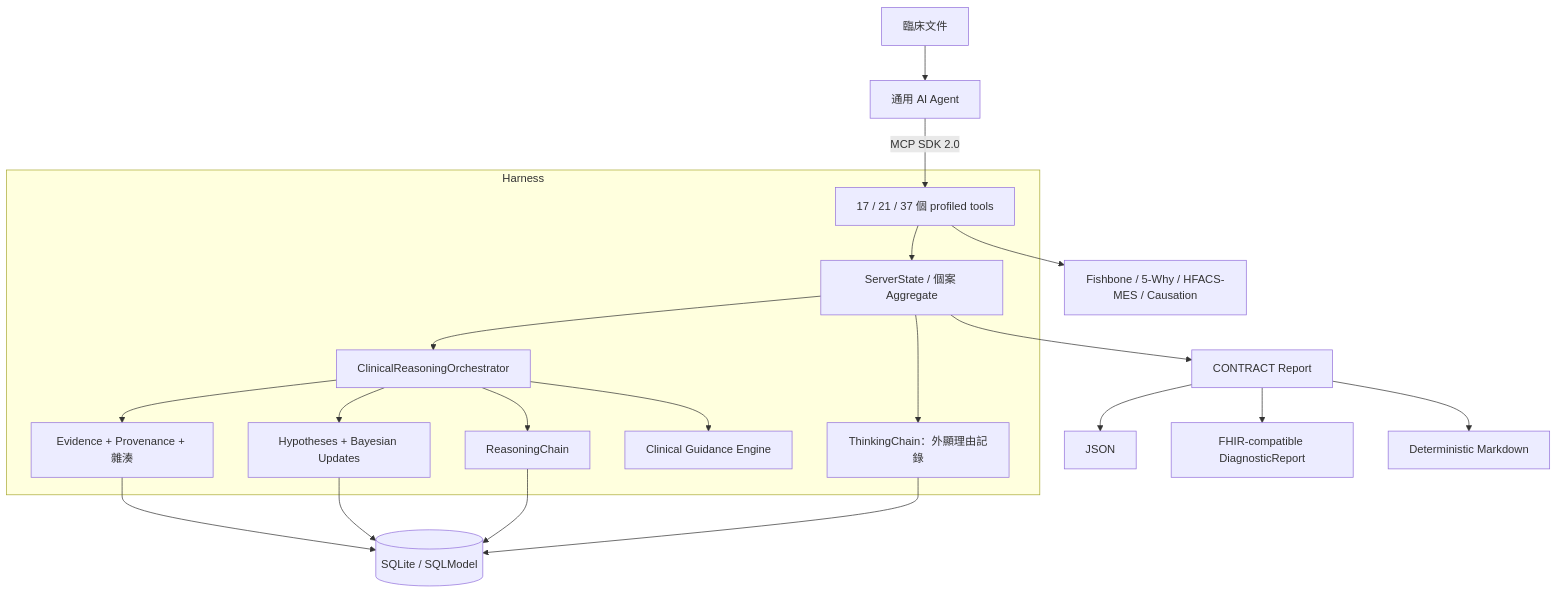
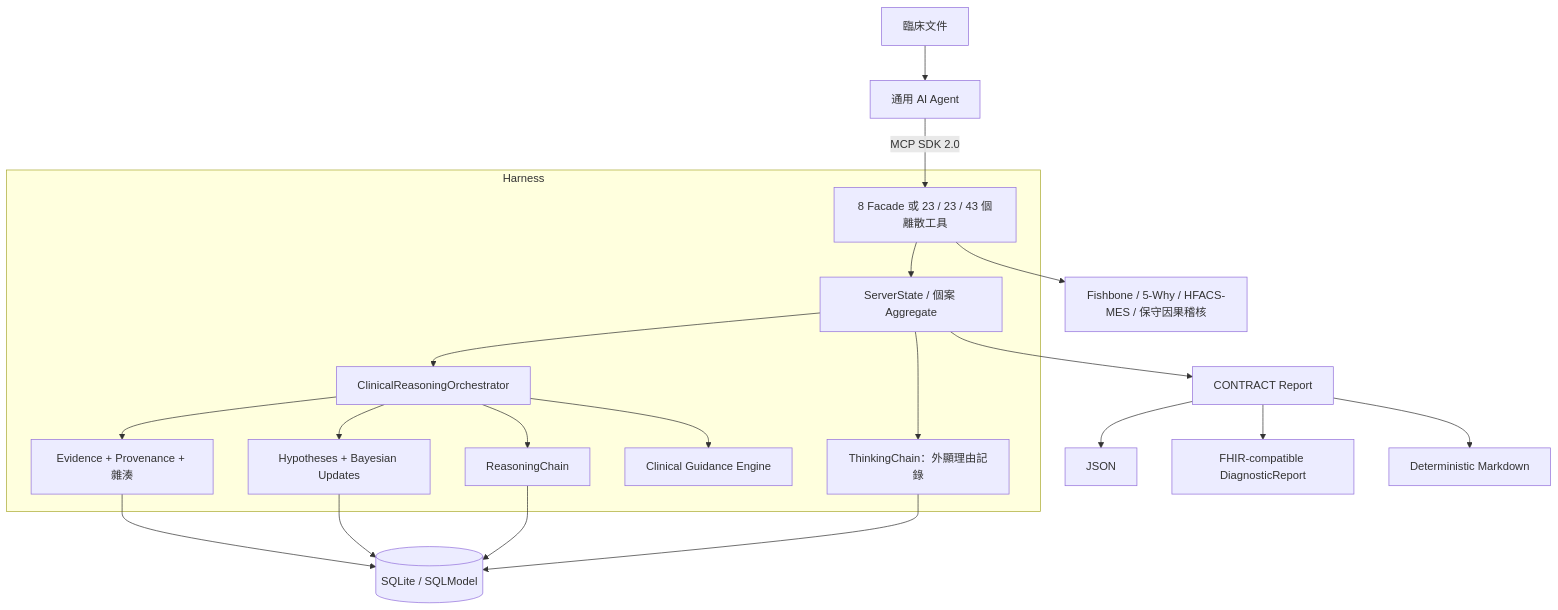
The diagram in README.zh-TW.md (u9401066/rootcause-mcp), drawn with Mermaid before and after one commit. The commit also changed other lines of this file and 21 other files, not shown here.

````diff
--- a/README.zh-TW.md
+++ b/README.zh-TW.md
@@ -93,27 +115,27 @@
 ```mermaid
 graph TB
-    A[通用 AI Agent] -->|MCP SDK 2.0| T[17 / 21 / 37 個 profiled tools]
+    A[通用 AI Agent] -->|MCP SDK 2.0| T[8 Facade 或 23 / 23 / 43 個離散工具]
     D[臨床文件] --> A
 
     subgraph Harness
         T --> S[ServerState / 個案 Aggregate]
         S --> O[ClinicalReasoningOrchestrator]
         O --> E[Evidence + Provenance + 雜湊]
         O --> H[Hypotheses + Bayesian Updates]
         O --> R[ReasoningChain]
         O --> G[Clinical Guidance Engine]
         S --> C[ThinkingChain：外顯理由記錄]
     end
 
     E --> DB[(SQLite / SQLModel)]
     H --> DB
     R --> DB
     C --> DB
 
     S --> CR[CONTRACT Report]
     CR --> J[JSON]
     CR --> F[FHIR-compatible DiagnosticReport]
     CR --> M[Deterministic Markdown]
 
-    T --> RCA[Fishbone / 5-Why / HFACS-MES / Causation]
+    T --> RCA[Fishbone / 5-Why / HFACS-MES / 保守因果稽核]
 ```
````
